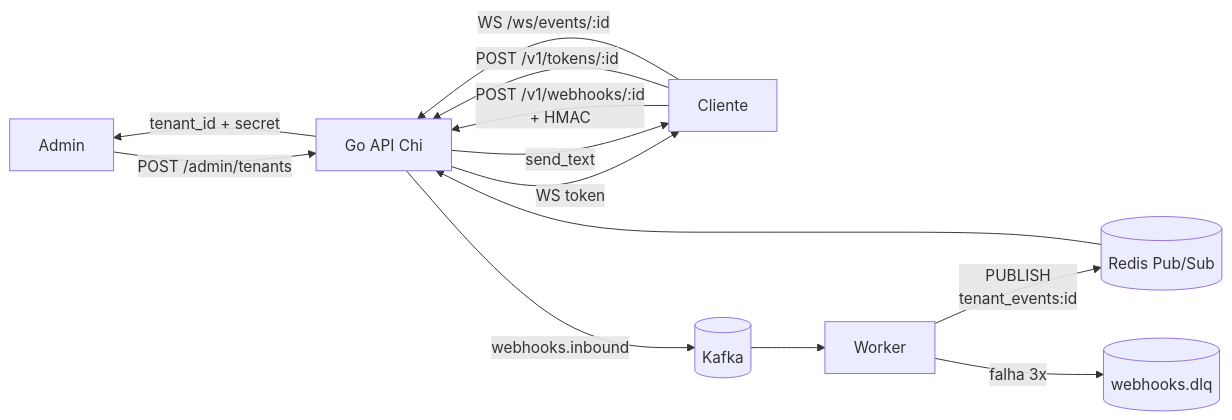
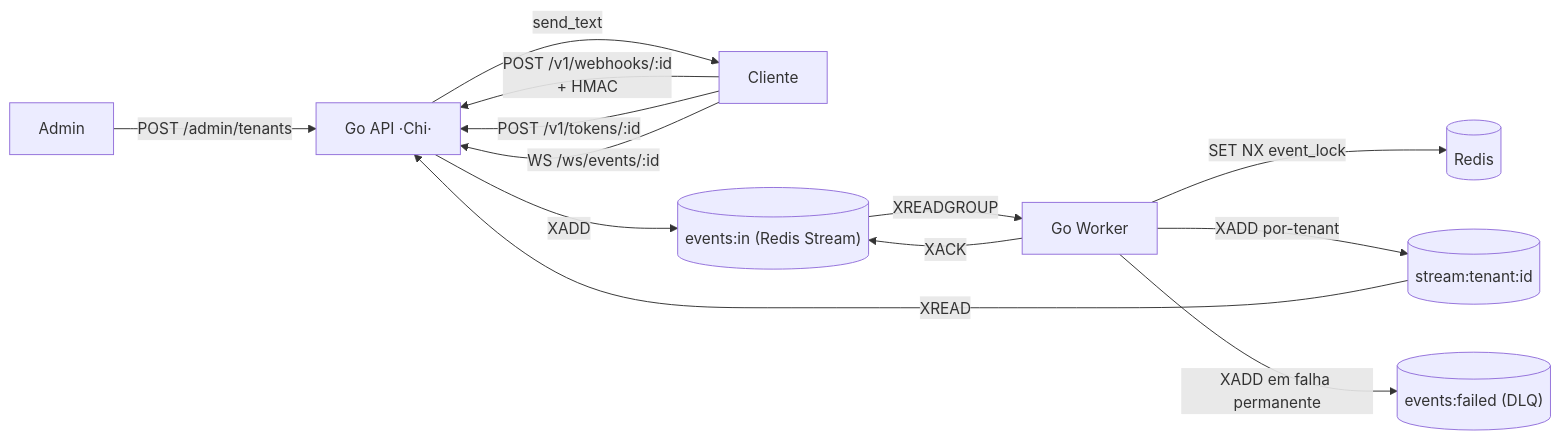
The diagram in docs/i18n/pt-BR/docusaurus-plugin-content-docs/current/intro.md (gbiumdonadon/easyhooks), drawn with Mermaid before and after one commit. The commit also changed other lines of this file and 66 other files, not shown here.

````diff
--- a/docs/i18n/pt-BR/docusaurus-plugin-content-docs/current/intro.md
+++ b/docs/i18n/pt-BR/docusaurus-plugin-content-docs/current/intro.md
@@ -15,15 +15,15 @@
 ```mermaid
 flowchart LR
-    Admin[Admin] -->|"POST /admin/tenants"| API[Go API Chi]
-    API -->|"tenant_id + secret"| Admin
+    Admin[Admin] -->|"POST /admin/tenants"| API[Go API ·Chi·]
     Cliente[Cliente] -->|"POST /v1/webhooks/:id<br/>+ HMAC"| API
-    API -->|"webhooks.inbound"| Kafka[(Kafka)]
-    Kafka --> Worker[Worker]
-    Worker -->|"PUBLISH<br/>tenant_events:id"| Redis[(Redis Pub/Sub)]
-    Worker -->|"falha 3x"| DLQ[(webhooks.dlq)]
+    API -->|XADD| EventsIn[("events:in (Redis Stream)")]
+    EventsIn -->|XREADGROUP| Worker[Go Worker]
+    Worker -->|"SET NX event_lock"| Redis[(Redis)]
+    Worker -->|"XADD por-tenant"| TenantStream[("stream:tenant:id")]
+    Worker -->|"XADD em falha permanente"| EventsFailed[("events:failed (DLQ)")]
+    Worker -->|XACK| EventsIn
     Cliente -->|"POST /v1/tokens/:id"| API
-    API -->|"WS token"| Cliente
     Cliente -->|"WS /ws/events/:id"| API
-    Redis --> API
+    TenantStream -->|XREAD| API
     API -->|"send_text"| Cliente
 ```
````
